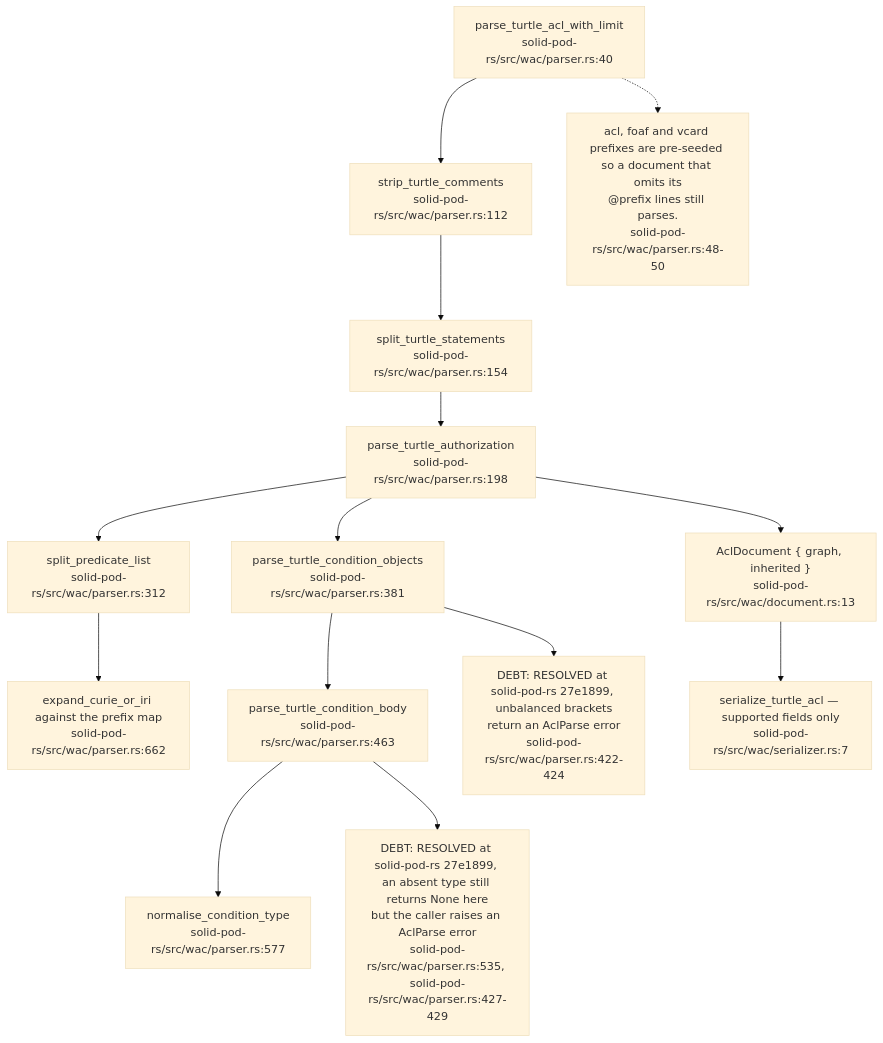
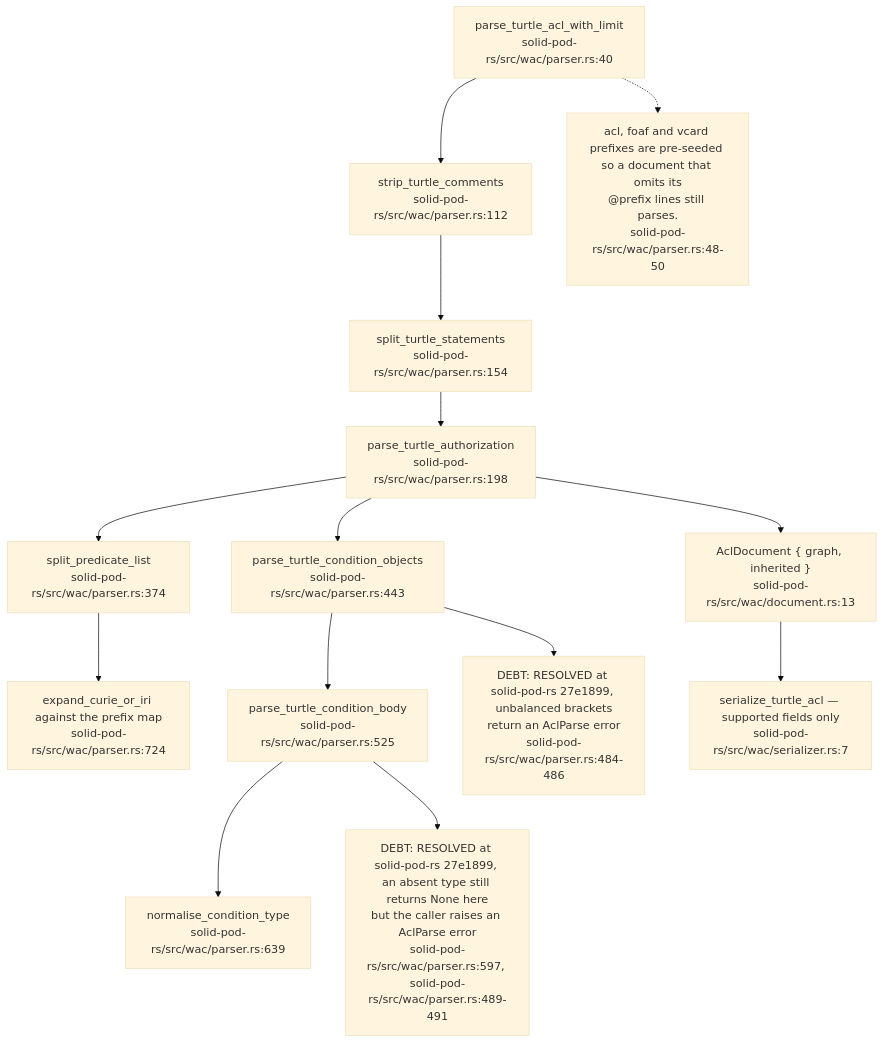
One commit to DreamLab-AI/VisionFlow changed the tenth of 16 diagrams in docs/diagrams/solid-pod-rs/04-wac-authorisation.md. Above: the diagram before and after it, drawn with Mermaid (base theme). The commit also changed other lines of this file, not shown here.

First line of the commit message:
docs(diagrams): SP-04 re-verified at solid-pod-rs a28a748

````diff
--- a/docs/diagrams/solid-pod-rs/04-wac-authorisation.md
+++ b/docs/diagrams/solid-pod-rs/04-wac-authorisation.md
@@ -342,25 +360,25 @@
 ```mermaid
 flowchart TD
     IN["parse_turtle_acl_with_limit<br/>solid-pod-rs/src/wac/parser.rs:40"]
     STRIP["strip_turtle_comments<br/>solid-pod-rs/src/wac/parser.rs:112"]
     SPLIT["split_turtle_statements<br/>solid-pod-rs/src/wac/parser.rs:154"]
     AUTH["parse_turtle_authorization<br/>solid-pod-rs/src/wac/parser.rs:198"]
-    PRED["split_predicate_list<br/>solid-pod-rs/src/wac/parser.rs:312"]
-    COBJ["parse_turtle_condition_objects<br/>solid-pod-rs/src/wac/parser.rs:381"]
-    CBOD["parse_turtle_condition_body<br/>solid-pod-rs/src/wac/parser.rs:463"]
-    NORM["normalise_condition_type<br/>solid-pod-rs/src/wac/parser.rs:577"]
-    CURIE["expand_curie_or_iri against the prefix map<br/>solid-pod-rs/src/wac/parser.rs:662"]
+    PRED["split_predicate_list<br/>solid-pod-rs/src/wac/parser.rs:374"]
+    COBJ["parse_turtle_condition_objects<br/>solid-pod-rs/src/wac/parser.rs:443"]
+    CBOD["parse_turtle_condition_body<br/>solid-pod-rs/src/wac/parser.rs:525"]
+    NORM["normalise_condition_type<br/>solid-pod-rs/src/wac/parser.rs:639"]
+    CURIE["expand_curie_or_iri against the prefix map<br/>solid-pod-rs/src/wac/parser.rs:724"]
     DOC["AclDocument { graph, inherited }<br/>solid-pod-rs/src/wac/document.rs:13"]
     SER["serialize_turtle_acl — supported fields only<br/>solid-pod-rs/src/wac/serializer.rs:7"]
 
     IN --> STRIP --> SPLIT --> AUTH
     AUTH --> PRED --> CURIE
     AUTH --> COBJ --> CBOD --> NORM
-    COBJ --> LOST["DEBT: RESOLVED at solid-pod-rs 27e1899, unbalanced brackets<br/>return an AclParse error<br/>solid-pod-rs/src/wac/parser.rs:422-424"]
-    CBOD --> LOST2["DEBT: RESOLVED at solid-pod-rs 27e1899, an absent type still returns None here<br/>but the caller raises an AclParse error<br/>solid-pod-rs/src/wac/parser.rs:535, solid-pod-rs/src/wac/parser.rs:427-429"]
+    COBJ --> LOST["DEBT: RESOLVED at solid-pod-rs 27e1899, unbalanced brackets<br/>return an AclParse error<br/>solid-pod-rs/src/wac/parser.rs:484-486"]
+    CBOD --> LOST2["DEBT: RESOLVED at solid-pod-rs 27e1899, an absent type still returns None here<br/>but the caller raises an AclParse error<br/>solid-pod-rs/src/wac/parser.rs:597, solid-pod-rs/src/wac/parser.rs:489-491"]
     AUTH --> DOC
     DOC --> SER
 
     N["acl, foaf and vcard prefixes are pre-seeded so a document that omits its<br/>@prefix lines still parses.<br/>solid-pod-rs/src/wac/parser.rs:48-50"]
     IN -.-> N
 ```
````
